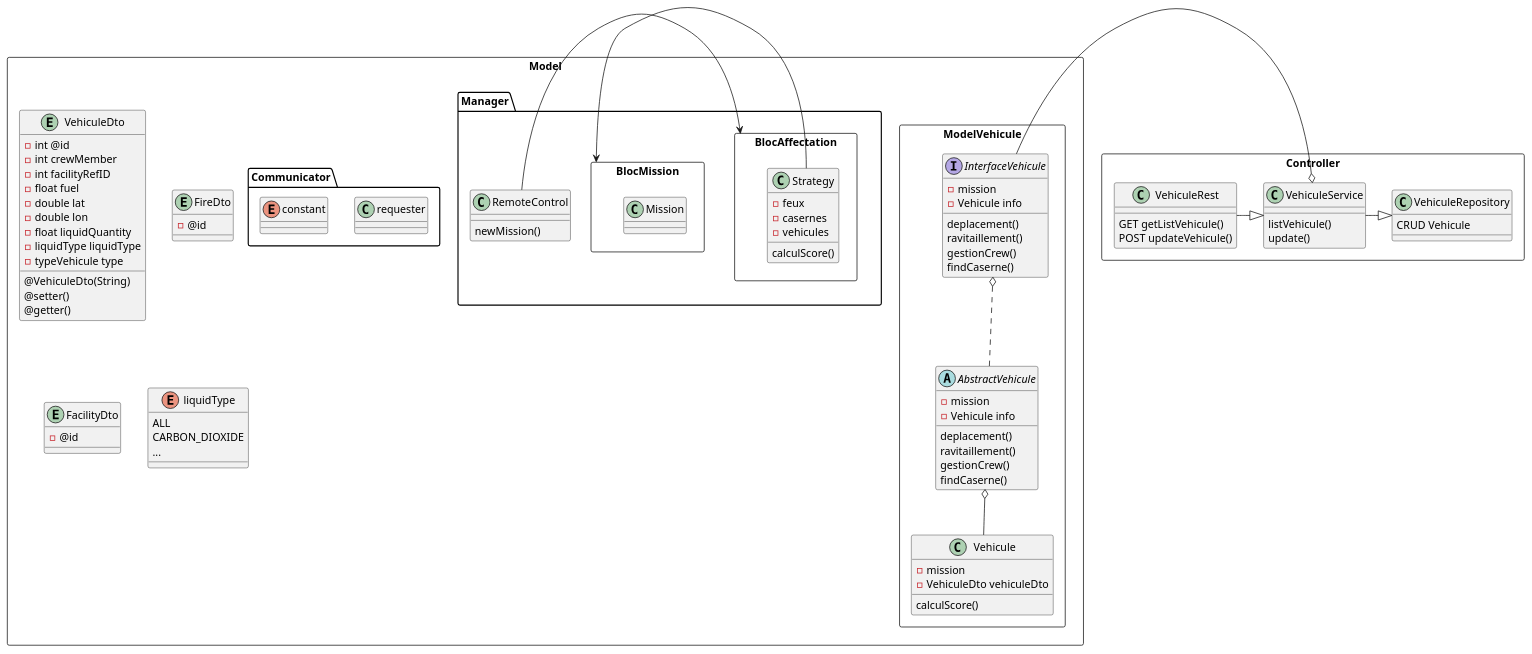
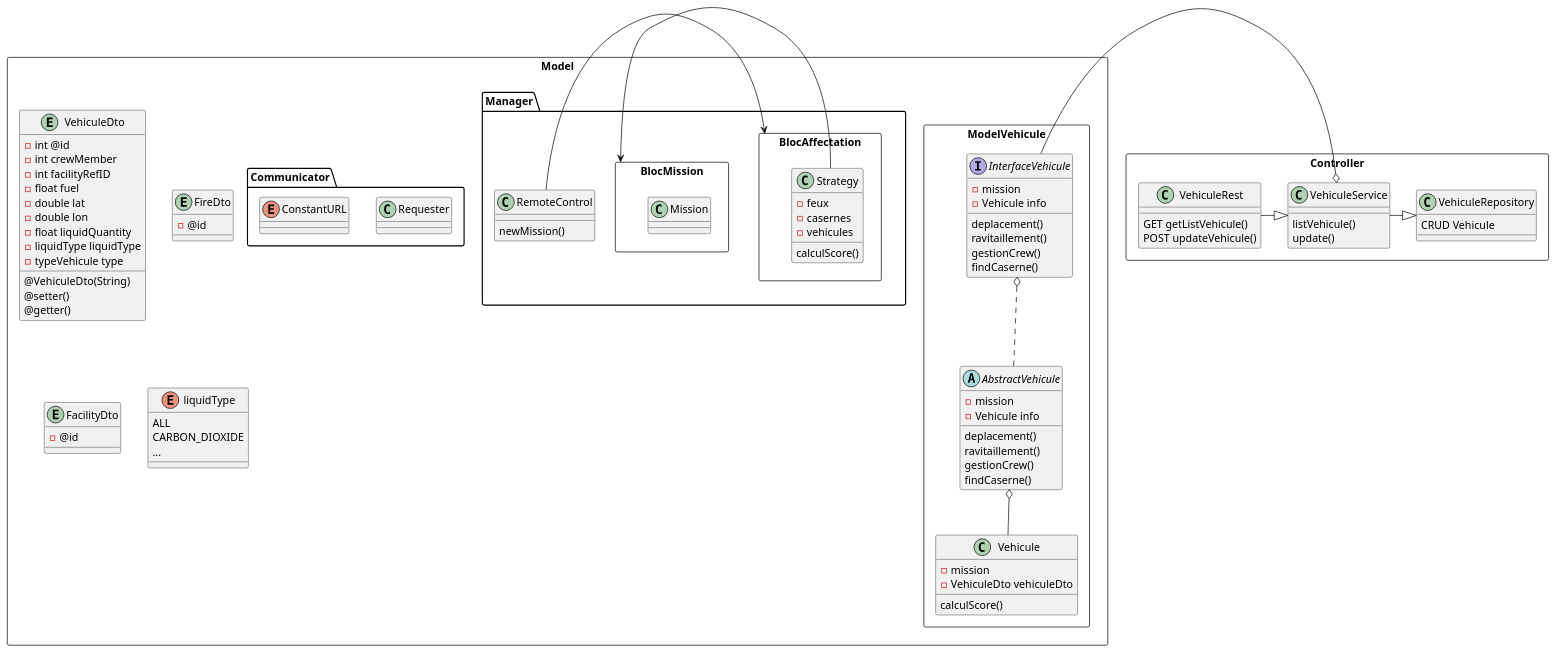
Before and after one commit to Elliot-Garcia/Projet_Majeure: the diagram in architecture.plantuml, drawn with PlantUML.

Commit message:
architecture actu

```diff
--- a/architecture.plantuml
+++ b/architecture.plantuml
@@ -1,126 +1,126 @@
 @startuml
 
 package Model <<Rectangle>> {
     entity VehiculeDto {
       - int @id
       - int crewMember
       - int facilityRefID
       - float fuel
       - double lat
       - double lon
       - float liquidQuantity
       - liquidType liquidType
       - typeVehicule type
 
         @VehiculeDto(String)
       @setter()
       @getter()
     }
 
     entity FireDto {
         - @id
     }
     entity FacilityDto {
         - @id
     }
 
     enum liquidType {
         ALL
         CARBON_DIOXIDE
         ...
     }
 
     package ModelVehicule <<rectangle>> {
         interface InterfaceVehicule {
             - mission
             - Vehicule info
             deplacement()
             ravitaillement()
             gestionCrew()
             findCaserne()
         }
 
         abstract AbstractVehicule {
             - mission
             - Vehicule info
             deplacement()
             ravitaillement()
             gestionCrew()
             findCaserne()
         }
 
         class Vehicule {
             - mission
             - VehiculeDto vehiculeDto
             calculScore()
         }
 
         InterfaceVehicule o.. AbstractVehicule
         AbstractVehicule o-- Vehicule
     }
 
     package Manager <<Folder>> {
 
         class RemoteControl {
             newMission()
         }
 
         package BlocAffectation <<rectangle>> {
             class Strategy {
                 - feux
                 - casernes
                 - vehicules
                 calculScore()
             }
         }
 
         package BlocMission <<rectangle>> {
             class Mission {
             }
         }
 
         RemoteControl -> BlocAffectation
         Strategy -> BlocMission
 
     }
 
     package Communicator <<Folder>> {
 
-        class requester {
+        class Requester {
 
         }
 
-        enum constant {
+        enum ConstantURL {
 
         }
 
     }
 
 }
 
 package Controller <<Rectangle>> {
 
     class VehiculeRepository {
         CRUD Vehicule
     }
 
     class VehiculeService {
         listVehicule()
         update()
     }
 
     class VehiculeRest {
         GET getListVehicule()
         POST updateVehicule()
     }
 
     VehiculeRest -|> VehiculeService
     VehiculeService -|> VehiculeRepository
 
     VehiculeService o- InterfaceVehicule
 
 }
 
 
 
 @enduml
```
